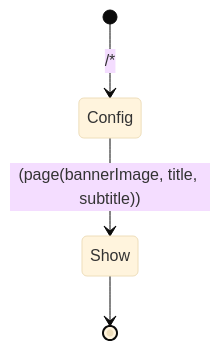
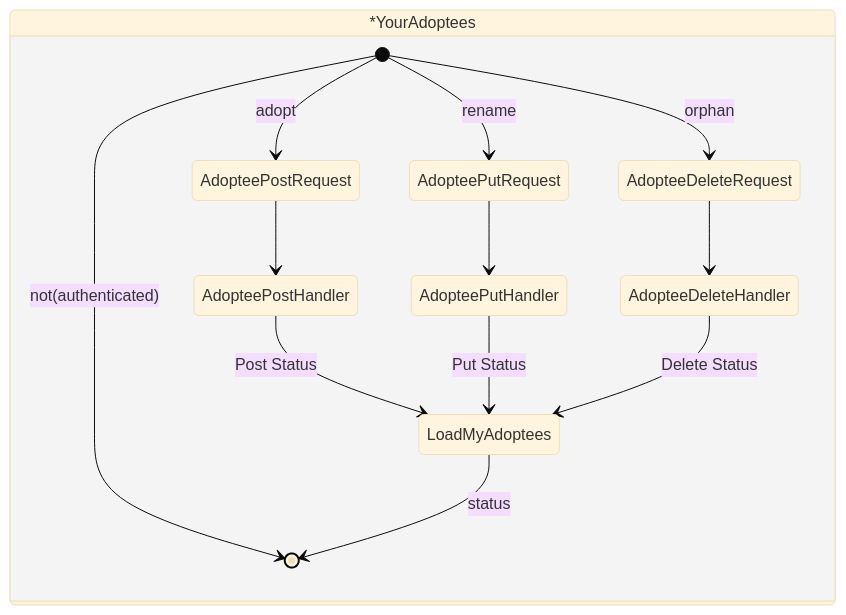
One commit to Wilfongjt/lb-A changed diagram 12 of 37 in README.md. Above: the diagram before and after it, drawn with Mermaid. The commit also changed other lines of this file, not shown here.

````diff
--- a/README.md
+++ b/README.md
@@ -172,11 +216,22 @@
 ```mermaid
 
 %%{init: {'securityLevel': 'loose', 'theme':'base'}}%%
 stateDiagram
  
-[*] --> Config : /*
-Config --> Show : (page(bannerImage, title, subtitle))
-Show --> [*]
+ state *YourAdoptees
+     {
+    [*] --> [*] : not(authenticated)
+    [*] --> AdopteePostRequest : adopt
+    [*] --> AdopteePutRequest : rename
+    [*] --> AdopteeDeleteRequest : orphan
+    AdopteePostRequest --> AdopteePostHandler
+    AdopteePostHandler --> LoadMyAdoptees : Post Status
+    AdopteePutRequest --> AdopteePutHandler
+    AdopteePutHandler --> LoadMyAdoptees : Put Status
+    AdopteeDeleteRequest --> AdopteeDeleteHandler
+    AdopteeDeleteHandler --> LoadMyAdoptees : Delete Status
+    LoadMyAdoptees --> [*] : status
+  }
  
  
 ```
````
